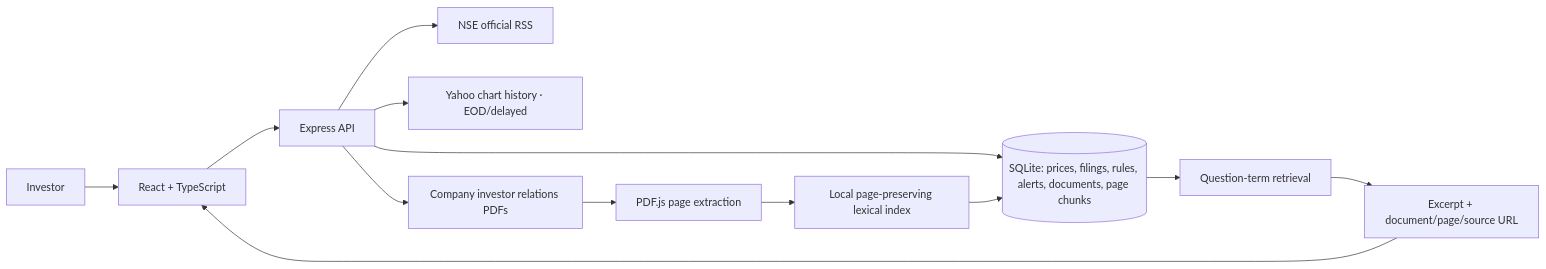
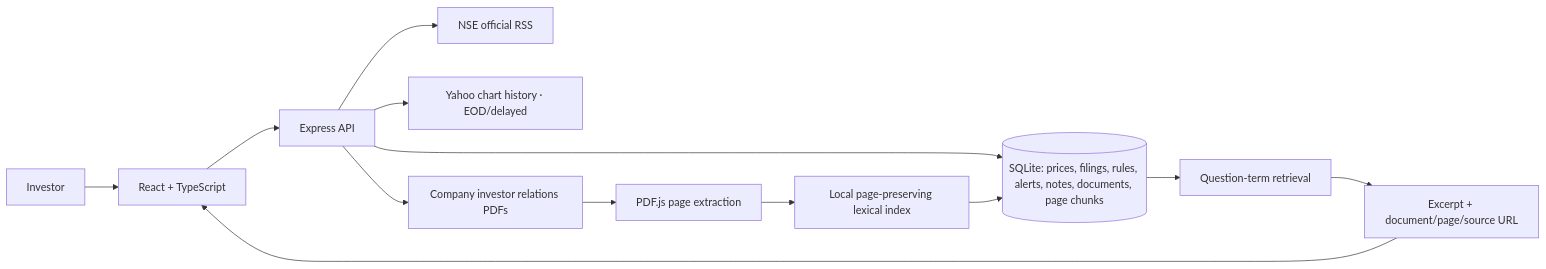
The diagram in ARCHITECTURE.md (Isha-kri/FINN-ENAM-AI-Engineer-2027), drawn with Mermaid before and after one commit. The commit also changed other lines of this file and 9 other files, not shown here.

````diff
--- a/ARCHITECTURE.md
+++ b/ARCHITECTURE.md
@@ -5,15 +5,15 @@
 ```mermaid
 flowchart LR
   U[Investor] --> UI[React + TypeScript]
   UI --> API[Express API]
-  API --> DB[(SQLite: prices, filings, rules, alerts, documents, page chunks)]
+  API --> DB[(SQLite: prices, filings, rules, alerts, notes, documents, page chunks)]
   API --> NSE[NSE official RSS]
   API --> YF[Yahoo chart history · EOD/delayed]
   API --> IR[Company investor relations PDFs]
   IR --> PDF[PDF.js page extraction]
   PDF --> IDX[Local page-preserving lexical index]
   IDX --> DB
   DB --> RET[Question-term retrieval]
   RET --> CIT[Excerpt + document/page/source URL]
   CIT --> UI
 ```
````
